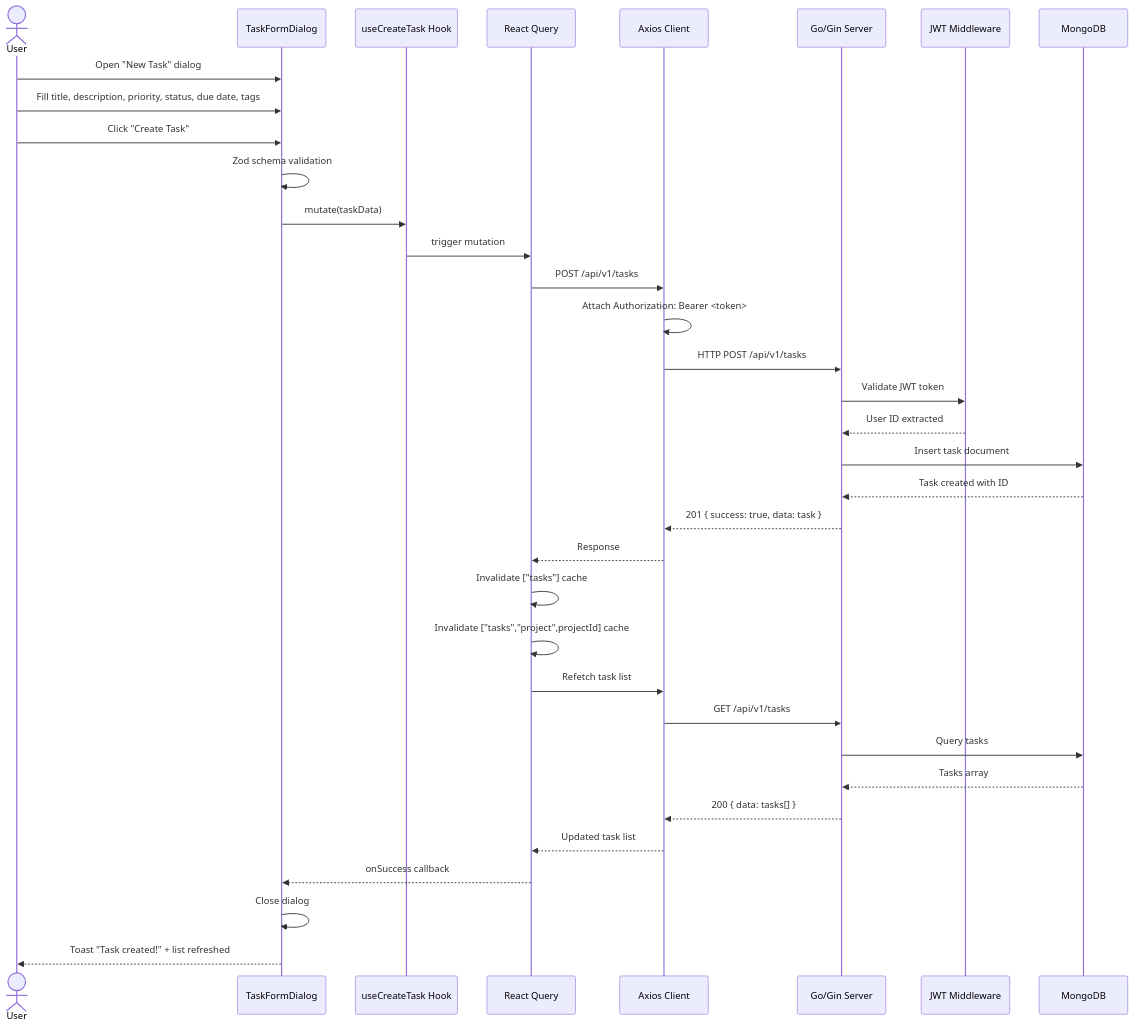
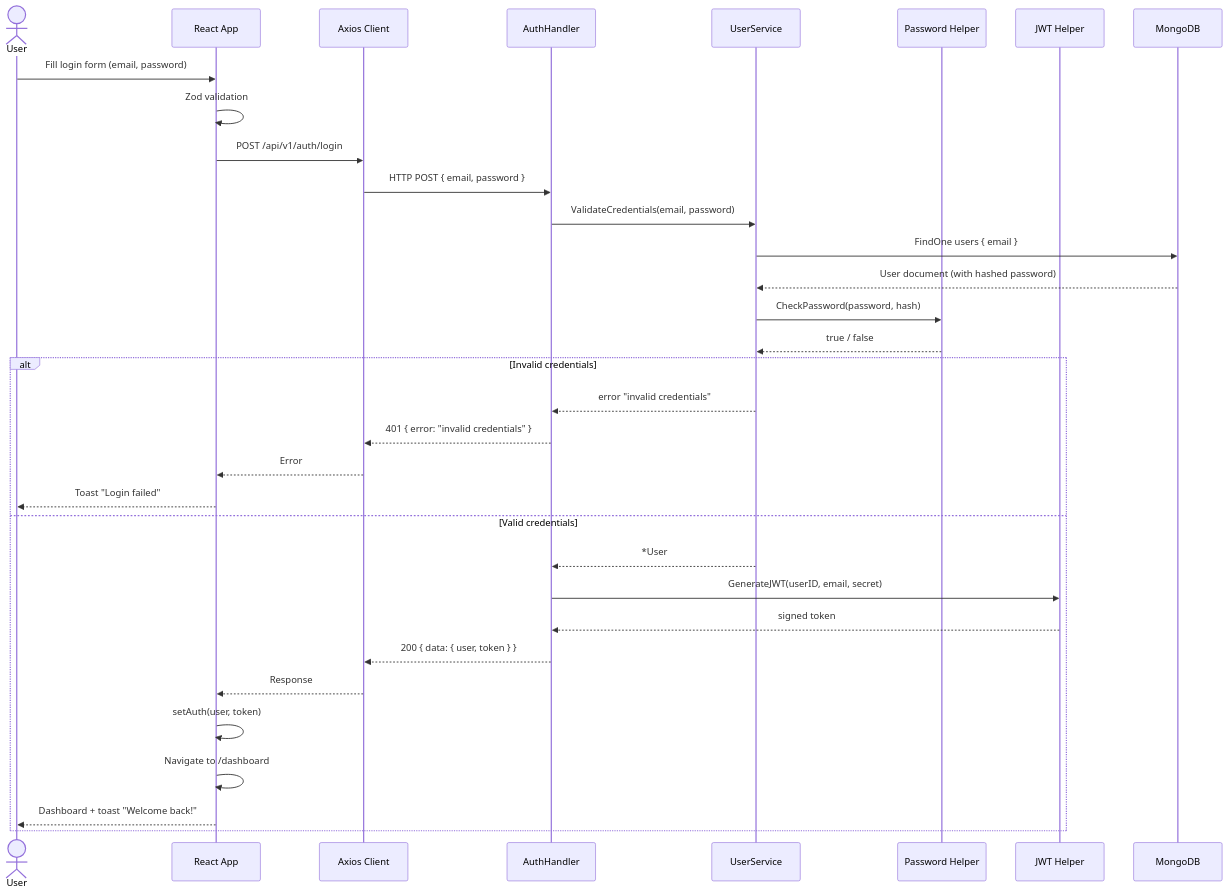
The second of 6 diagrams in docs/03-sequence-diagrams.md (Bugs-Slayers/EduClaaS-Task-Management-Web), drawn with Mermaid before and after one commit. The commit also changed other lines of this file and 26 other files, not shown here.

````diff
--- a/docs/03-sequence-diagrams.md
+++ b/docs/03-sequence-diagrams.md
@@ -59,38 +48,36 @@
 ```mermaid
 sequenceDiagram
     actor User
-    participant TaskForm as TaskFormDialog
-    participant useCreateTask as useCreateTask Hook
-    participant ReactQuery as React Query
-    participant AxiosClient as Axios Client
-    participant GinServer as Go/Gin Server
-    participant JWTMiddleware as JWT Middleware
+    participant FE as React App
+    participant Axios as Axios Client
+    participant Auth as AuthHandler
+    participant UserSvc as UserService
+    participant PWD as Password Helper
+    participant JWT as JWT Helper
     participant MongoDB as MongoDB
 
-    User->>TaskForm: Open "New Task" dialog
-    User->>TaskForm: Fill title, description, priority, status, due date, tags
-    User->>TaskForm: Click "Create Task"
-    TaskForm->>TaskForm: Zod schema validation
-    TaskForm->>useCreateTask: mutate(taskData)
-    useCreateTask->>ReactQuery: trigger mutation
-    ReactQuery->>AxiosClient: POST /api/v1/tasks
-    AxiosClient->>AxiosClient: Attach Authorization: Bearer <token>
-    AxiosClient->>GinServer: HTTP POST /api/v1/tasks
-    GinServer->>JWTMiddleware: Validate JWT token
-    JWTMiddleware-->>GinServer: User ID extracted
-    GinServer->>MongoDB: Insert task document
-    MongoDB-->>GinServer: Task created with ID
-    GinServer-->>AxiosClient: 201 { success: true, data: task }
-    AxiosClient-->>ReactQuery: Response
-    ReactQuery->>ReactQuery: Invalidate ["tasks"] cache
-    ReactQuery->>ReactQuery: Invalidate ["tasks","project",projectId] cache
-    ReactQuery->>AxiosClient: Refetch task list
-    AxiosClient->>GinServer: GET /api/v1/tasks
-    GinServer->>MongoDB: Query tasks
-    MongoDB-->>GinServer: Tasks array
-    GinServer-->>AxiosClient: 200 { data: tasks[] }
-    AxiosClient-->>ReactQuery: Updated task list
-    ReactQuery-->>TaskForm: onSuccess callback
-    TaskForm->>TaskForm: Close dialog
-    TaskForm-->>User: Toast "Task created!" + list refreshed
+    User->>FE: Fill login form (email, password)
+    FE->>FE: Zod validation
+    FE->>Axios: POST /api/v1/auth/login
+    Axios->>Auth: HTTP POST { email, password }
+    Auth->>UserSvc: ValidateCredentials(email, password)
+    UserSvc->>MongoDB: FindOne users { email }
+    MongoDB-->>UserSvc: User document (with hashed password)
+    UserSvc->>PWD: CheckPassword(password, hash)
+    PWD-->>UserSvc: true / false
+    alt Invalid credentials
+        UserSvc-->>Auth: error "invalid credentials"
+        Auth-->>Axios: 401 { error: "invalid credentials" }
+        Axios-->>FE: Error
+        FE-->>User: Toast "Login failed"
+    else Valid credentials
+        UserSvc-->>Auth: *User
+        Auth->>JWT: GenerateJWT(userID, email, secret)
+        JWT-->>Auth: signed token
+        Auth-->>Axios: 200 { data: { user, token } }
+        Axios-->>FE: Response
+        FE->>FE: setAuth(user, token)
+        FE->>FE: Navigate to /dashboard
+        FE-->>User: Dashboard + toast "Welcome back!"
+    end
 ```
````
